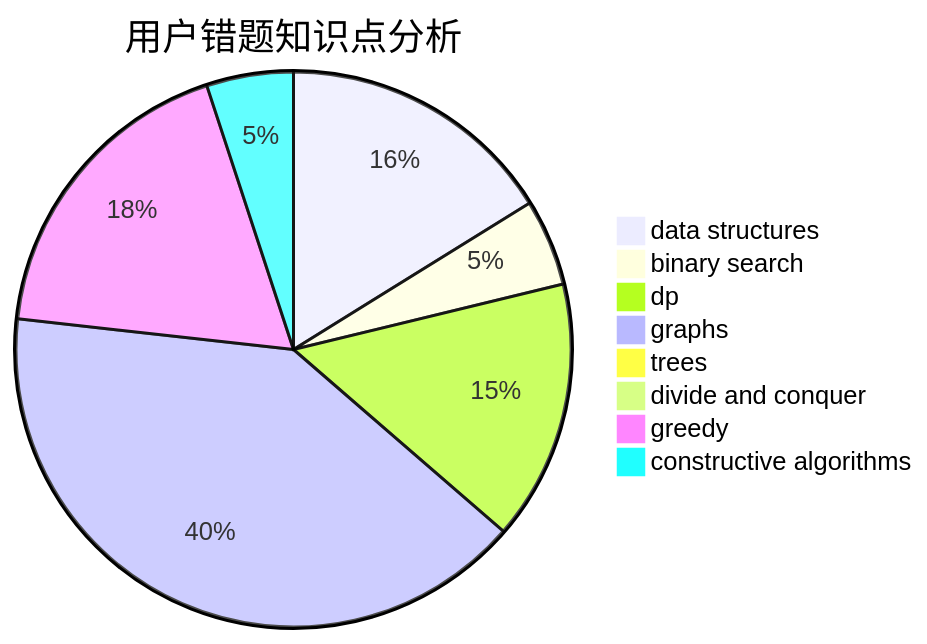
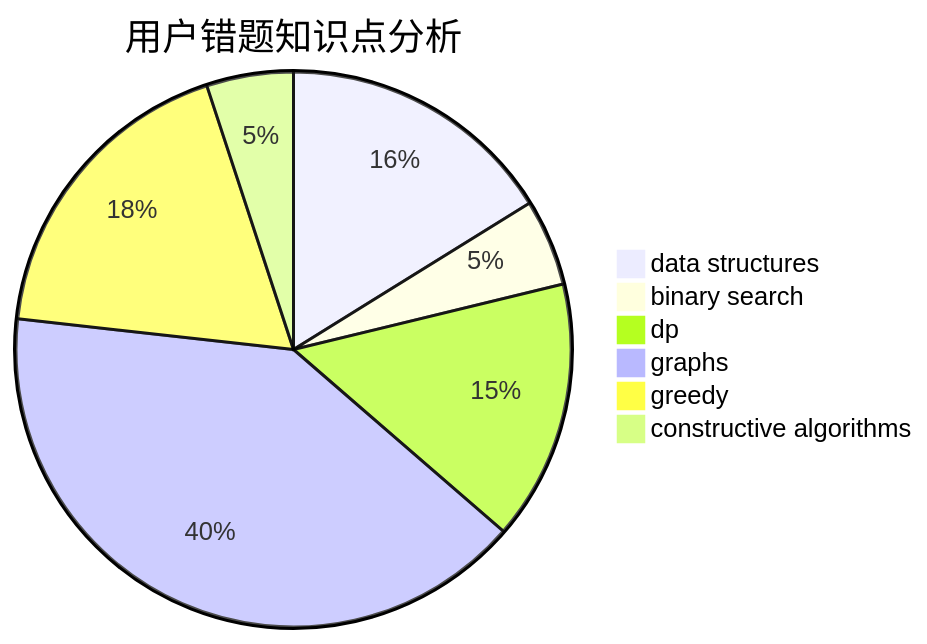
Before and after one commit to sherpahu/cfrs.github.io: the third of 3 diagrams in docs/user/u147.md, drawn with Mermaid. The commit also changed other lines of this file and 2770 other files, not shown here.

````diff
--- a/docs/user/u147.md
+++ b/docs/user/u147.md
@@ -31,11 +30,9 @@
 ```mermaid
 pie title 用户错题知识点分析
     "data structures" :  16
     "binary search" :  5
     "dp" :  15
     "graphs" :  40
-    "trees" :  0
-    "divide and conquer" :  0
     "greedy" :  18
     "constructive algorithms" :  5
 ```
````
